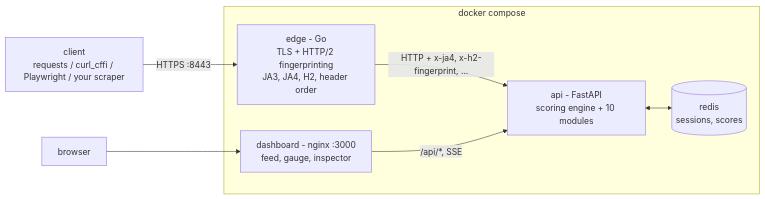
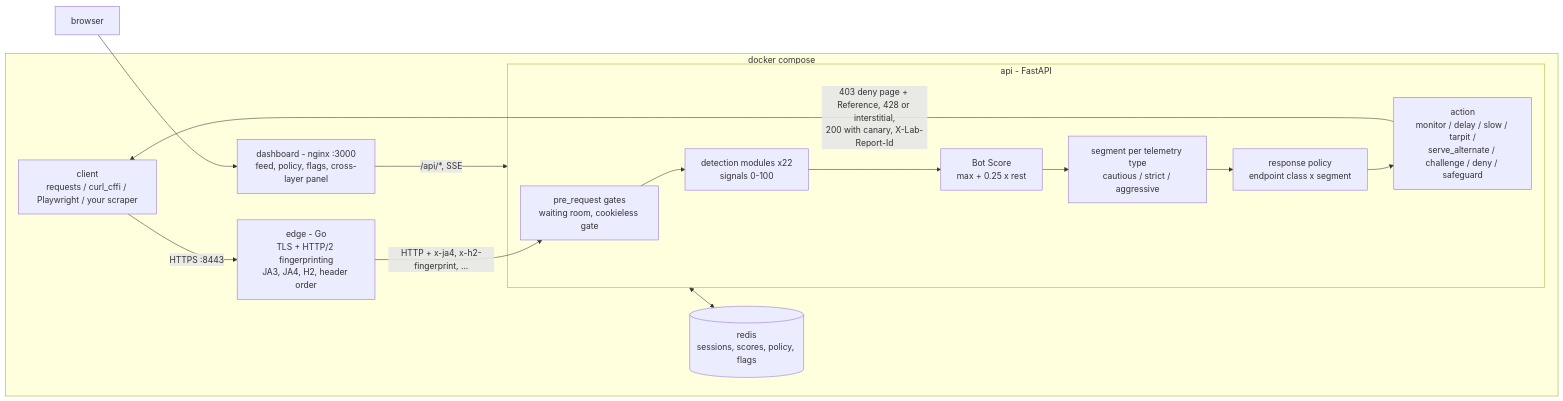
One commit to cesarhmatias/akamai-style-bot-lab changed the diagram in README.md. Above: the diagram before and after it, drawn with Mermaid. The commit also changed other lines of this file, not shown here.

First line of the commit message:
docs: README scope note, tiers and flags

````diff
--- a/README.md
+++ b/README.md
@@ -27,10 +37,18 @@
 ```mermaid
 flowchart LR
     C[client<br/>requests / curl_cffi / Playwright / your scraper] -->|HTTPS :8443| E
     subgraph lab[docker compose]
-      E[edge - Go<br/>TLS + HTTP/2 fingerprinting<br/>JA3, JA4, H2, header order] -->|HTTP + x-ja4, x-h2-fingerprint, ...| A
-      A[api - FastAPI<br/>scoring engine + 10 modules] <--> R[(redis<br/>sessions, scores)]
-      D[dashboard - nginx :3000<br/>feed, gauge, inspector] -->|/api/*, SSE| A
+      E[edge - Go<br/>TLS + HTTP/2 fingerprinting<br/>JA3, JA4, H2, header order] -->|HTTP + x-ja4, x-h2-fingerprint, ...| G
+      subgraph A[api - FastAPI]
+        G[pre_request gates<br/>waiting room, cookieless gate] --> M[detection modules x22<br/>signals 0-100]
+        M --> S[Bot Score<br/>max + 0.25 x rest]
+        S --> SEG[segment per telemetry type<br/>cautious / strict / aggressive]
+        SEG --> P[response policy<br/>endpoint class x segment]
+        P --> ACT[action<br/>monitor / delay / slow / tarpit /<br/>serve_alternate / challenge / deny / safeguard]
+      end
+      ACT -->|403 deny page + Reference, 428 or interstitial,<br/>200 with canary, X-Lab-Report-Id| C
+      A <--> R[(redis<br/>sessions, scores, policy, flags)]
+      D[dashboard - nginx :3000<br/>feed, policy, flags, cross-layer panel] -->|/api/*, SSE| A
     end
     B[browser] --> D
 ```
````
